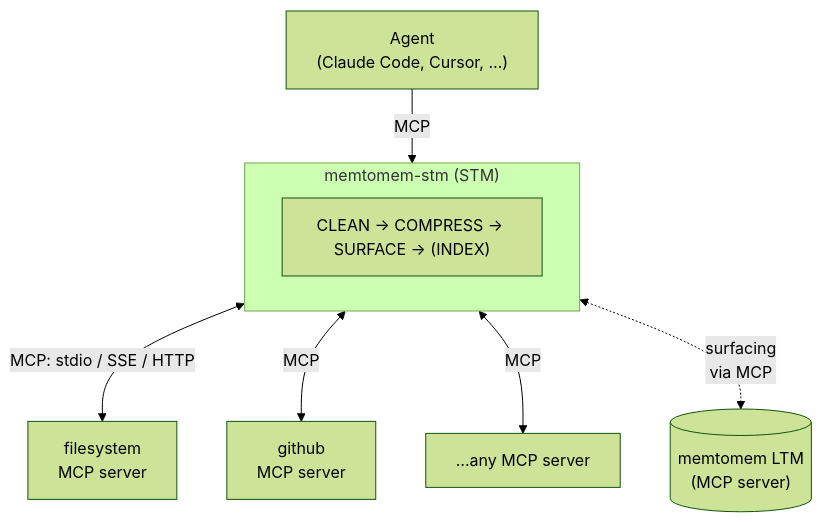
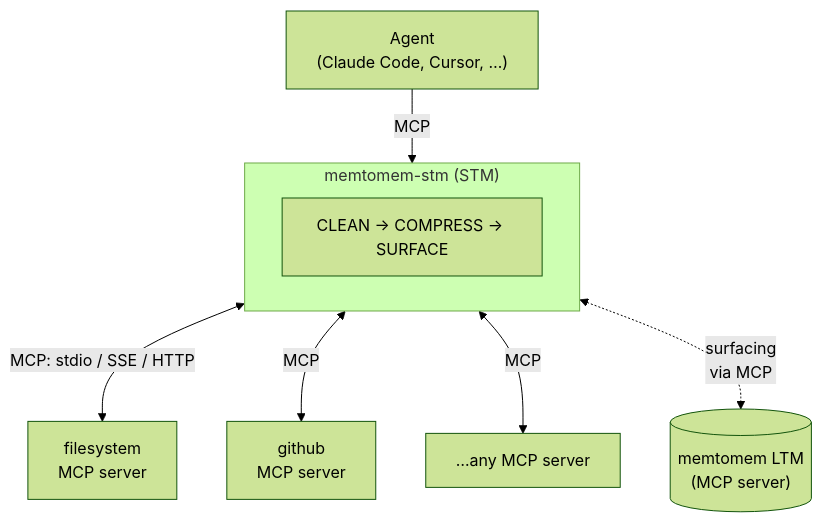
The diagram in README.md (memtomem/memtomem-stm), drawn with Mermaid (forest theme) before and after one commit. The commit also changed other lines of this file and 14 other files, not shown here.

````diff
--- a/README.md
+++ b/README.md
@@ -23,17 +28,17 @@
 ```mermaid
 flowchart TB
     Agent["Agent<br/>(Claude Code, Cursor, …)"]
     subgraph STM["memtomem-stm (STM)"]
-        Pipe["CLEAN → COMPRESS → SURFACE → (INDEX)"]
+        Pipe["CLEAN → COMPRESS → SURFACE"]
     end
     LTM[("memtomem LTM<br/>(MCP server)")]
     FS["filesystem<br/>MCP server"]
     GH["github<br/>MCP server"]
     Other["…any MCP server"]
 
     Agent -->|MCP| STM
     STM <-->|MCP: stdio / SSE / HTTP| FS
     STM <-->|MCP| GH
     STM <-->|MCP| Other
     STM <-.->|surfacing<br/>via MCP| LTM
 ```
````
